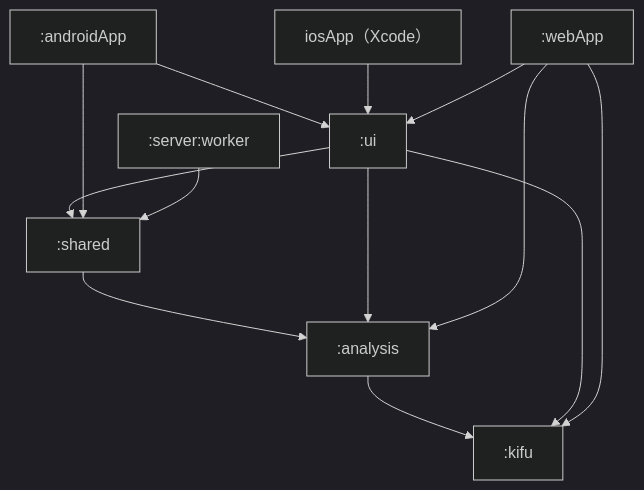
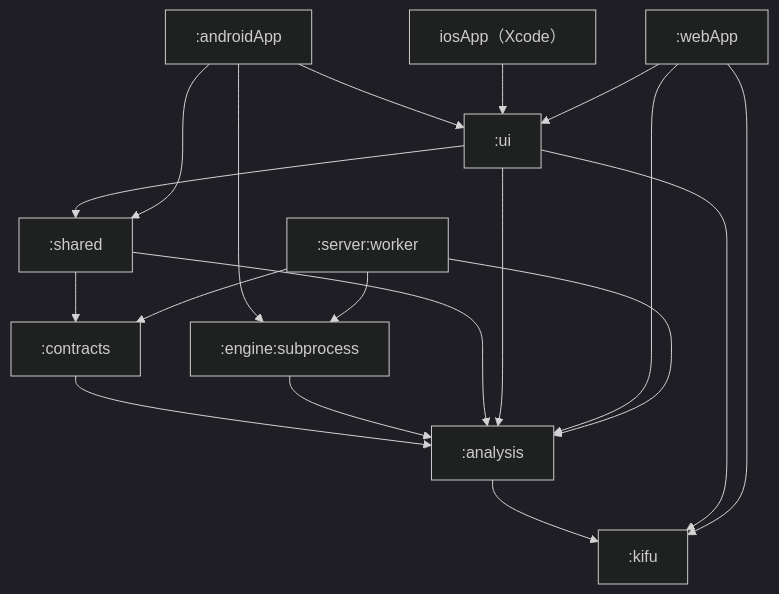
Before and after one commit to hmiyado/shogi-supplement: the first of 2 diagrams in docs/app-architecture.md, drawn with Mermaid (dark theme). The commit also changed other lines of this file and 28 other files, not shown here.

````diff
--- a/docs/app-architecture.md
+++ b/docs/app-architecture.md
@@ -9,24 +9,32 @@
 ```mermaid
 flowchart TD
     kifu[":kifu"]
     analysis[":analysis"]
+    contracts[":contracts"]
+    subprocess[":engine:subprocess"]
     shared[":shared"]
     ui[":ui"]
     android[":androidApp"]
     ios["iosApp（Xcode）"]
     web[":webApp"]
     worker[":server:worker"]
 
     analysis --> kifu
+    contracts --> analysis
+    subprocess --> analysis
     shared --> analysis
+    shared --> contracts
     ui --> analysis
     ui --> kifu
     ui --> shared
     android --> ui
     android --> shared
+    android --> subprocess
     ios --> ui
     web --> ui
     web --> analysis
     web --> kifu
-    worker --> shared
+    worker --> contracts
+    worker --> analysis
+    worker --> subprocess
 ```
````
